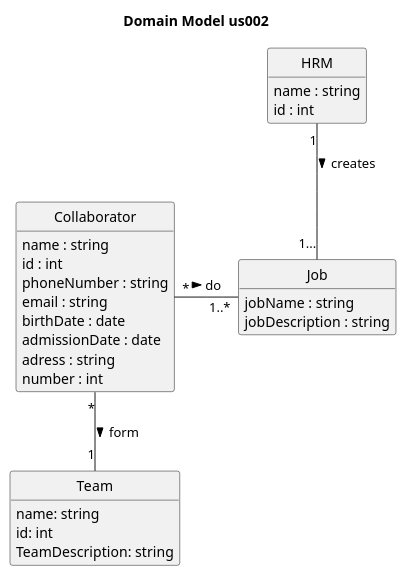
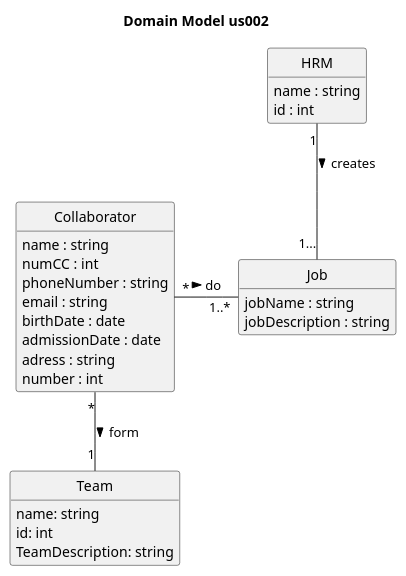
The diagram in docs/sprintA/us002/02.analysis/puml/project-domain-model.puml (Departamento-de-Engenharia-Informatica/lei-24-s2-1dm-g132), drawn with PlantUML before and after one commit. The commit also changed 1 other file, not shown here.

```diff
--- a/docs/sprintA/us002/02.analysis/puml/project-domain-model.puml
+++ b/docs/sprintA/us002/02.analysis/puml/project-domain-model.puml
@@ -1,45 +1,45 @@
 @startuml
 skinparam monochrome true
 skinparam packageStyle rectangle
 skinparam shadowing false
 'skinparam linetype ortho
 'left to right direction
 skinparam classAttributeIconSize 0
 hide circle
 hide methods
 
 title Domain Model us002
 
 
 
 class HRM {
     name : string
     id : int
 }
 
 class Job {
     jobName : string
     jobDescription : string
 
 }
 class Collaborator {
     name : string
-    id : int
+    numCC : int
     phoneNumber : string
     email : string
     birthDate : date
     admissionDate : date
     adress : string
     number : int
     }
 
 class Team {
      name: string
      id: int
      TeamDescription: string
 }
 Collaborator "*" -- "1" Team : form >
 HRM "1" -- "1..." Job : creates >
 Collaborator "*" - "1..*" Job : do >
 
 @enduml
```
